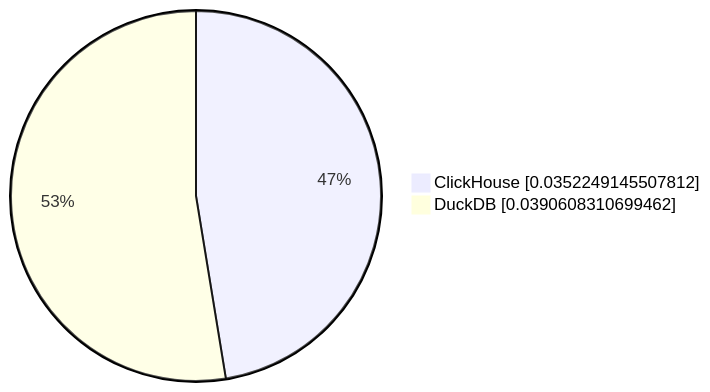
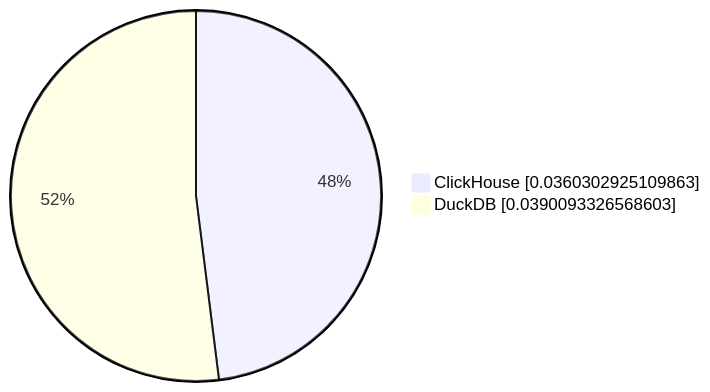
Before and after one commit to Altinity/clickhouse-regression: the eighth of 10 diagrams in parquet/performance/results/README.md, drawn with Mermaid. The commit also changed other lines of this file and 3 other files, not shown here.

````diff
--- a/parquet/performance/results/README.md
+++ b/parquet/performance/results/README.md
@@ -78,5 +78,5 @@
 ```mermaid
      pie showData
-         "ClickHouse" : 0.0352249145507812
-         "DuckDB" : 0.0390608310699462
+         "ClickHouse" : 0.0360302925109863
+         "DuckDB" : 0.0390093326568603
 ```
````
